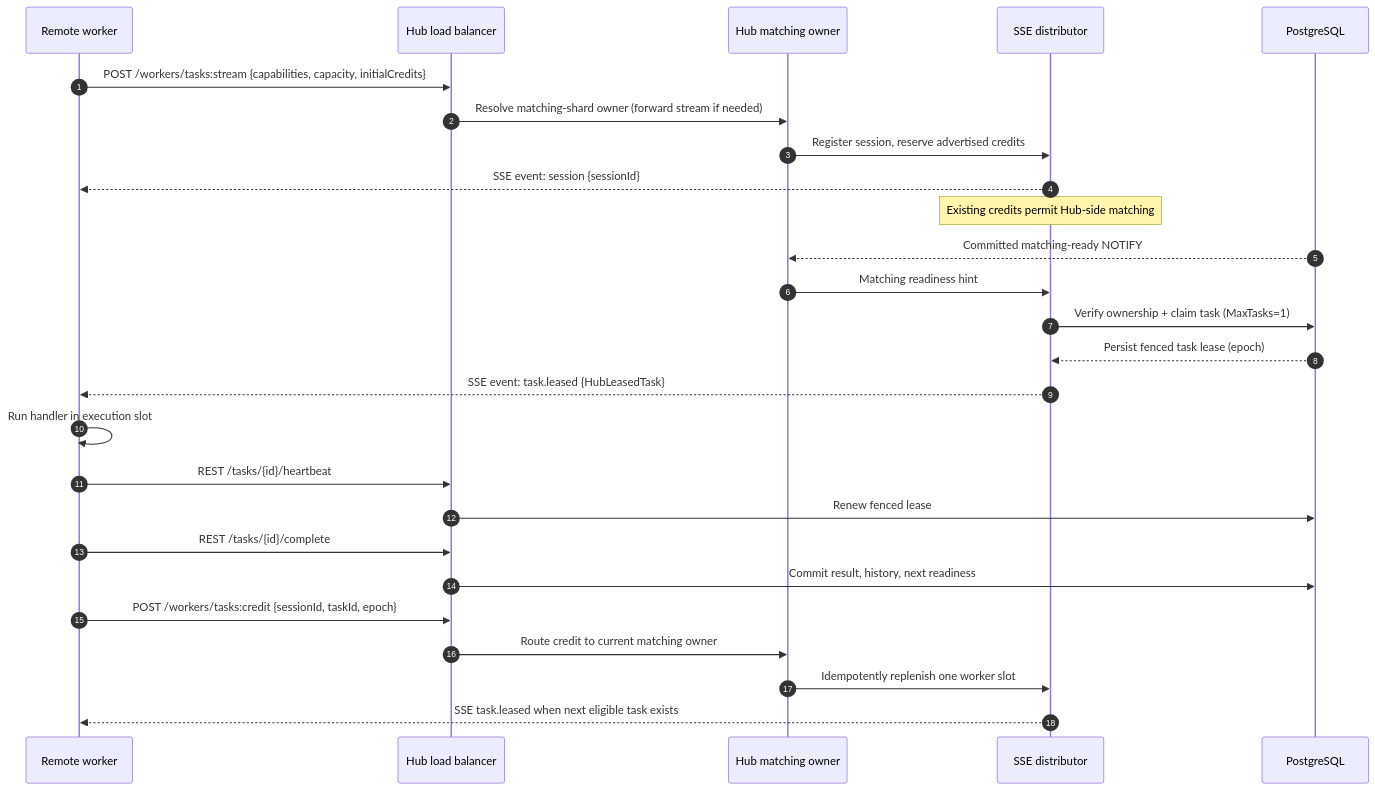
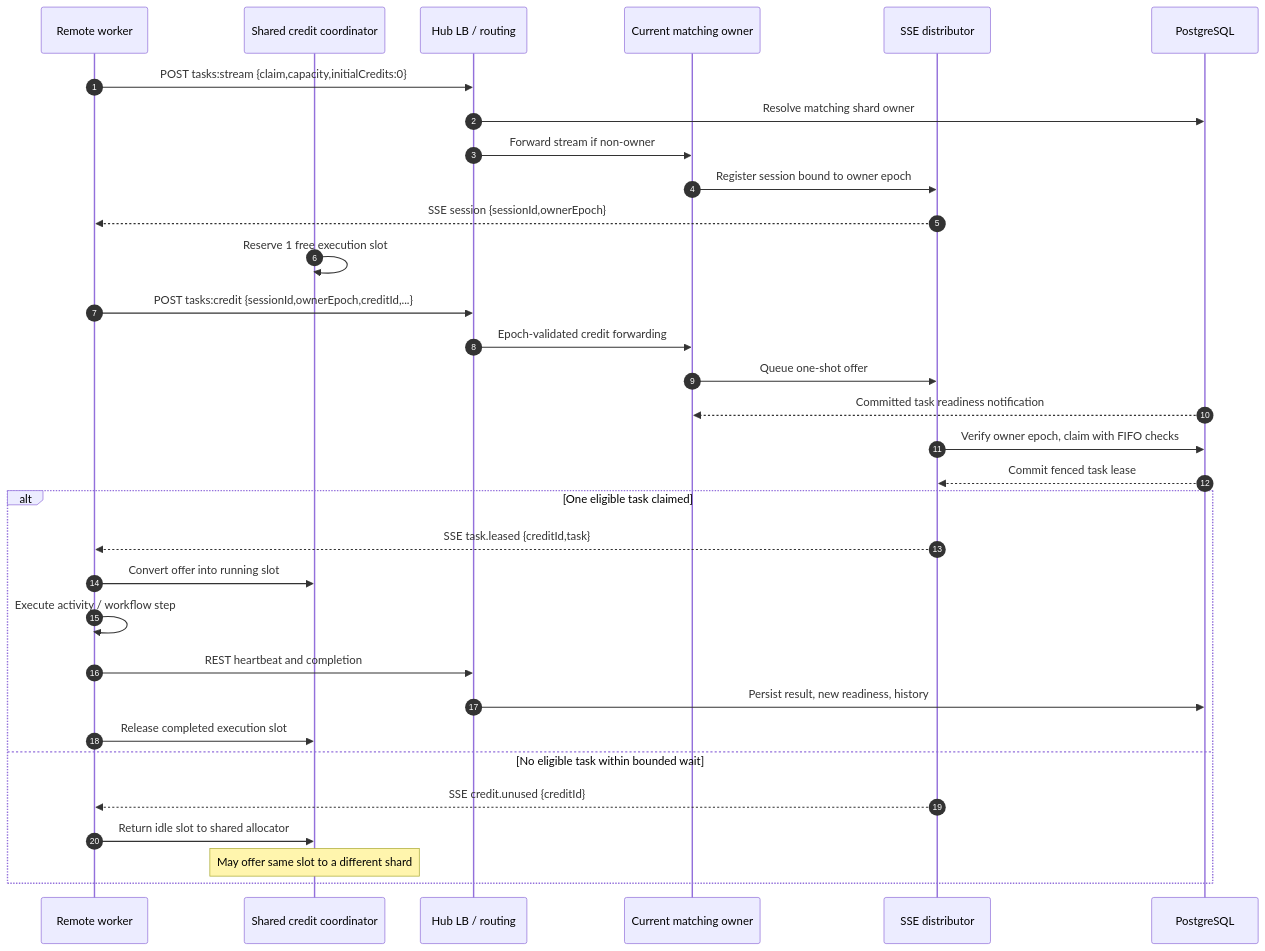
The second of 3 diagrams in scaling/docs/sse-task-distributor.md (thanhhaictld/workflow-core), drawn with Mermaid before and after one commit. The commit also changed other lines of this file, not shown here.

Commit message:
docs(sse): update architecture and failover sequences for dynamic one-shot credits

````diff
--- a/scaling/docs/sse-task-distributor.md
+++ b/scaling/docs/sse-task-distributor.md
@@ -35,29 +58,37 @@
 ```mermaid
 sequenceDiagram
     autonumber
     participant W as Remote worker
-    participant L as Hub load balancer
-    participant O as Hub matching owner
+    participant C as Shared credit coordinator
+    participant LB as Hub LB / routing
+    participant O as Current matching owner
     participant D as SSE distributor
     participant P as PostgreSQL
 
-    W->>L: POST /workers/tasks:stream {capabilities, capacity, initialCredits}
-    L->>O: Resolve matching-shard owner (forward stream if needed)
-    O->>D: Register session, reserve advertised credits
-    D-->>W: SSE event: session {sessionId}
-    Note over D: Existing credits permit Hub-side matching
-    P-->>O: Committed matching-ready NOTIFY
-    O->>D: Matching readiness hint
-    D->>P: Verify ownership + claim task (MaxTasks=1)
-    P-->>D: Persist fenced task lease (epoch)
-    D-->>W: SSE event: task.leased {HubLeasedTask}
-    W->>W: Run handler in execution slot
-    W->>L: REST /tasks/{id}/heartbeat
-    L->>P: Renew fenced lease
-    W->>L: REST /tasks/{id}/complete
-    L->>P: Commit result, history, next readiness
-    W->>L: POST /workers/tasks:credit {sessionId, taskId, epoch}
-    L->>O: Route credit to current matching owner
-    O->>D: Idempotently replenish one worker slot
-    D-->>W: SSE task.leased when next eligible task exists
+    W->>LB: POST tasks:stream {claim,capacity,initialCredits:0}
+    LB->>P: Resolve matching shard owner
+    LB->>O: Forward stream if non-owner
+    O->>D: Register session bound to owner epoch
+    D-->>W: SSE session {sessionId,ownerEpoch}
+
+    C->>C: Reserve 1 free execution slot
+    W->>LB: POST tasks:credit {sessionId,ownerEpoch,creditId,...}
+    LB->>O: Epoch-validated credit forwarding
+    O->>D: Queue one-shot offer
+    P-->>O: Committed task readiness notification
+    D->>P: Verify owner epoch, claim with FIFO checks
+    P-->>D: Commit fenced task lease
+
+    alt One eligible task claimed
+        D-->>W: SSE task.leased {creditId,task}
+        W->>C: Convert offer into running slot
+        W->>W: Execute activity / workflow step
+        W->>LB: REST heartbeat and completion
+        LB->>P: Persist result, new readiness, history
+        W->>C: Release completed execution slot
+    else No eligible task within bounded wait
+        D-->>W: SSE credit.unused {creditId}
+        W->>C: Return idle slot to shared allocator
+        Note over C: May offer same slot to a different shard
+    end
 ```
````
